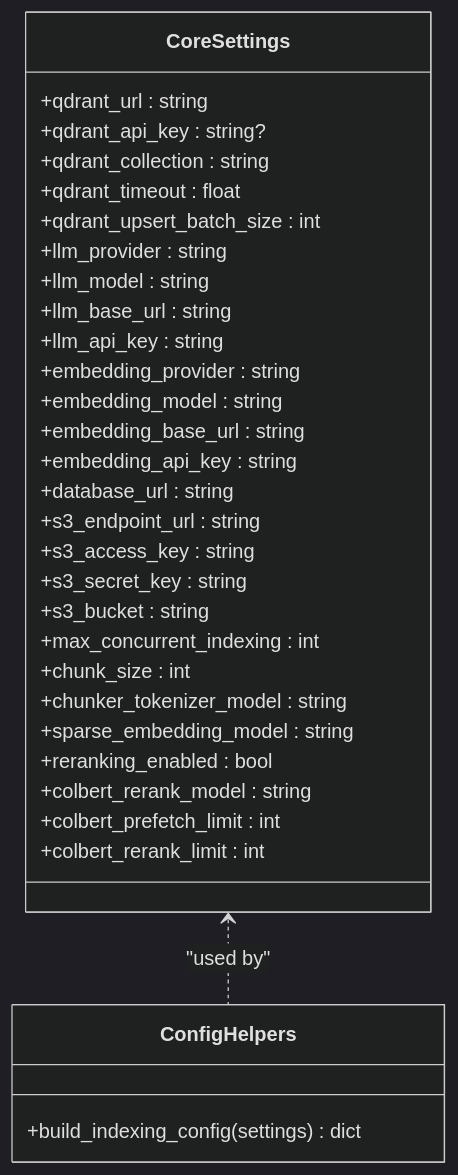
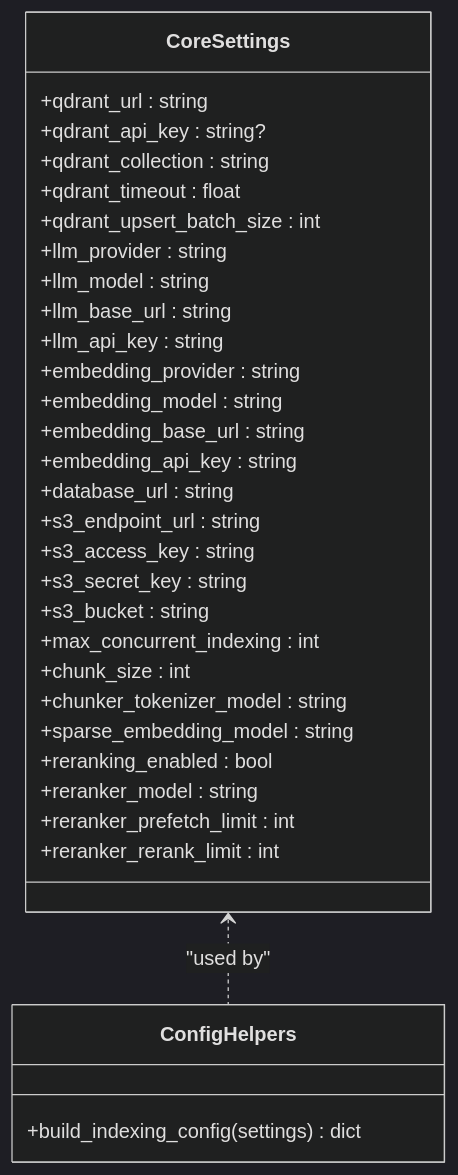
The sixth of 19 diagrams in .qoder/repowiki/en/content/Document Management System.md (ognelis/cafetera_hr_bot), drawn with Mermaid (dark theme) before and after one commit. The commit also changed other lines of this file and 69 other files, not shown here.

````diff
--- a/.qoder/repowiki/en/content/Document Management System.md
+++ b/.qoder/repowiki/en/content/Document Management System.md
@@ -266,35 +278,35 @@
 ```mermaid
 classDiagram
 class CoreSettings {
 +qdrant_url : string
 +qdrant_api_key : string?
 +qdrant_collection : string
 +qdrant_timeout : float
 +qdrant_upsert_batch_size : int
 +llm_provider : string
 +llm_model : string
 +llm_base_url : string
 +llm_api_key : string
 +embedding_provider : string
 +embedding_model : string
 +embedding_base_url : string
 +embedding_api_key : string
 +database_url : string
 +s3_endpoint_url : string
 +s3_access_key : string
 +s3_secret_key : string
 +s3_bucket : string
 +max_concurrent_indexing : int
 +chunk_size : int
 +chunker_tokenizer_model : string
 +sparse_embedding_model : string
 +reranking_enabled : bool
-+colbert_rerank_model : string
-+colbert_prefetch_limit : int
-+colbert_rerank_limit : int
++reranker_model : string
++reranker_prefetch_limit : int
++reranker_rerank_limit : int
 }
 class ConfigHelpers {
 +build_indexing_config(settings) dict
 }
 CoreSettings <.. ConfigHelpers : "used by"
 ```
````
